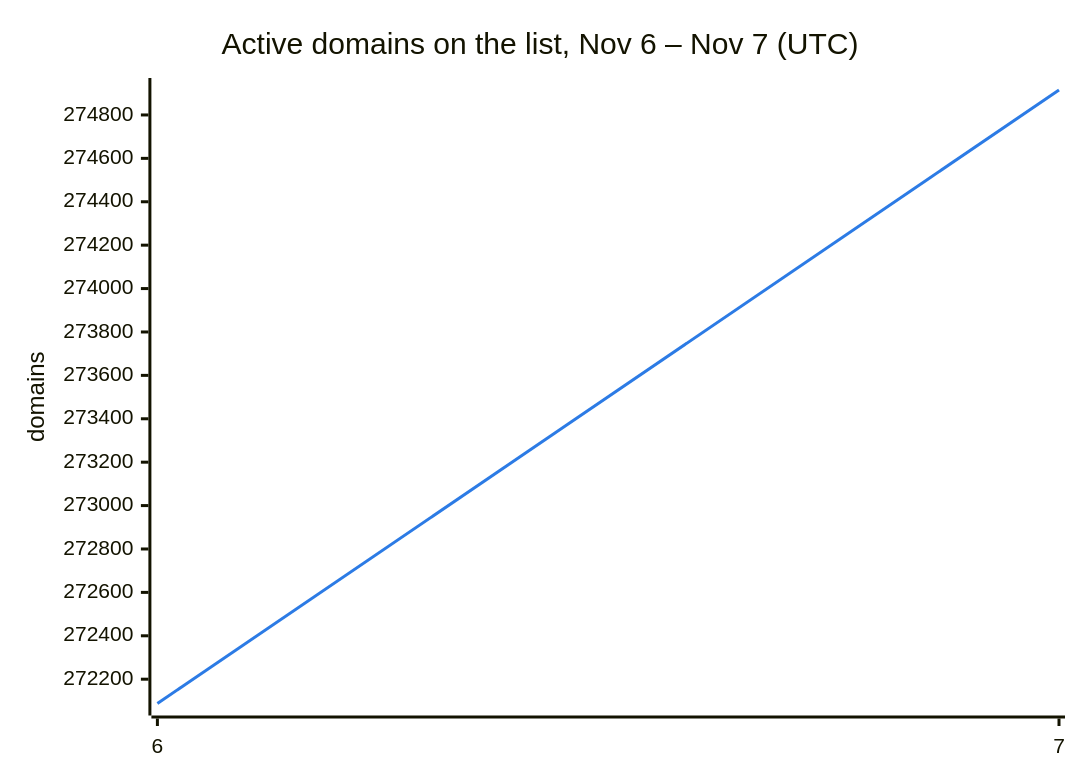
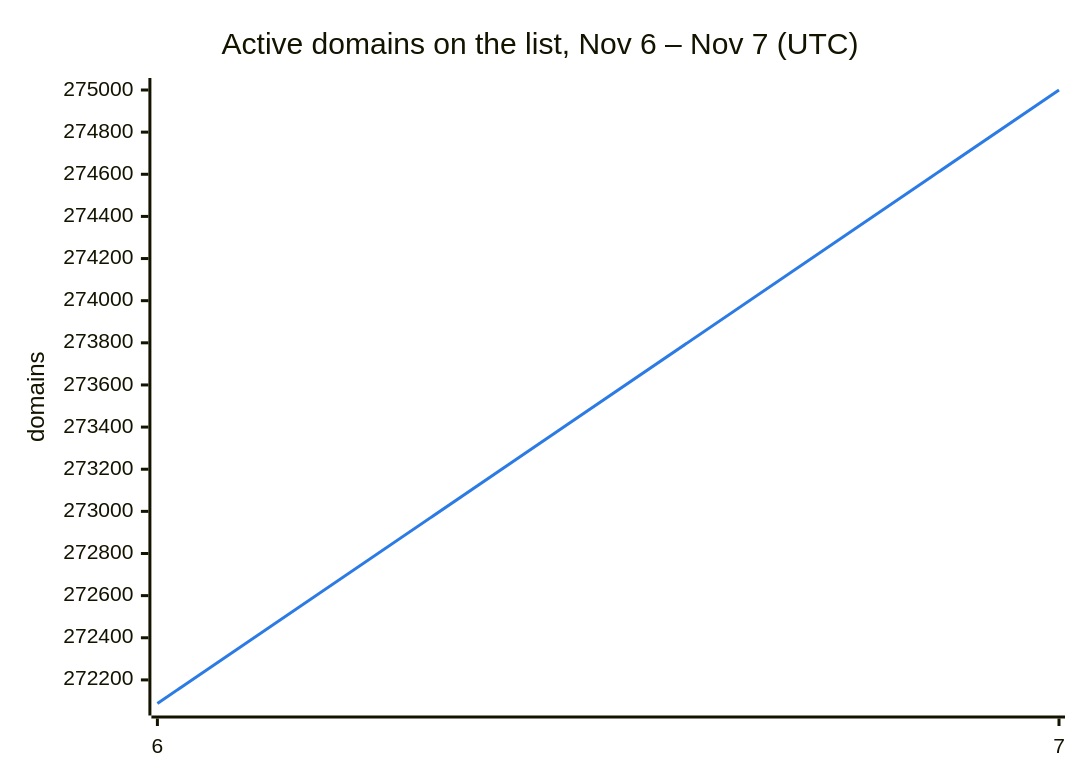
Before and after one commit to DNSBunker/CTI: the second of 3 diagrams in README.md, drawn with Mermaid. The commit also changed other lines of this file and 3 other files, not shown here.

````diff
--- a/README.md
+++ b/README.md
@@ -38,8 +38,8 @@
 ```mermaid
 %%{init: {"themeVariables": {"xyChart": {"plotColorPalette": "#2c7be5"}}}}%%
 xychart-beta
     title "Active domains on the list, Nov 6 – Nov 7 (UTC)"
     x-axis ["6", "7"]
     y-axis "domains"
-    line [272088, 274915]
+    line [272088, 275000]
 ```
````
